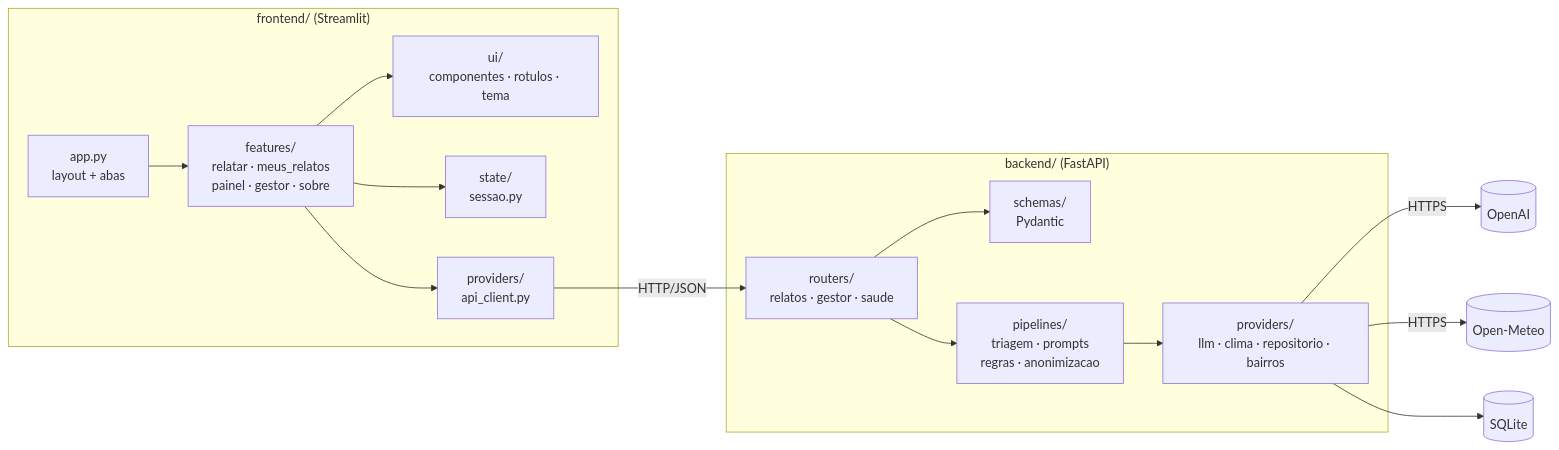
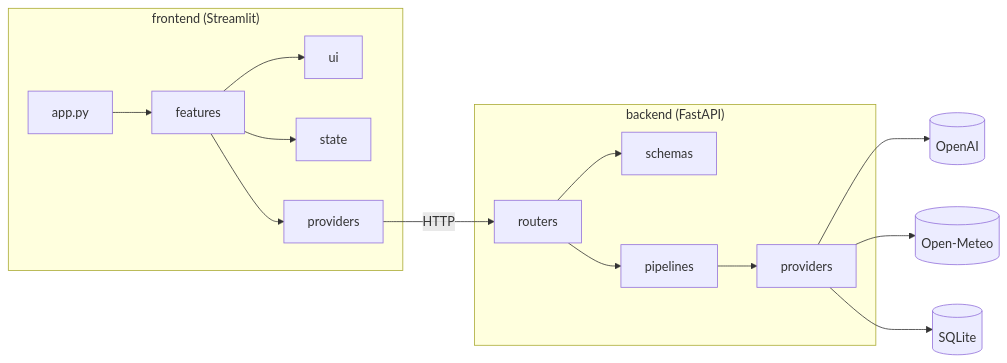
One commit to gabrielpalmeiraa/gs-front changed the diagram in README.md. Above: the diagram before and after it, drawn with Mermaid. The commit also changed other lines of this file, not shown here.

````diff
--- a/README.md
+++ b/README.md
@@ -75,18 +46,18 @@
 ```mermaid
 flowchart LR
-    subgraph FE["frontend/ (Streamlit)"]
-        APP[app.py<br/>layout + abas] --> FEAT[features/<br/>relatar · meus_relatos<br/>painel · gestor · sobre]
-        FEAT --> UI[ui/<br/>componentes · rotulos · tema]
-        FEAT --> ST[state/<br/>sessao.py]
-        FEAT --> PRV[providers/<br/>api_client.py]
+    subgraph FE["frontend (Streamlit)"]
+        APP[app.py] --> FEAT[features]
+        FEAT --> UI[ui]
+        FEAT --> ST[state]
+        FEAT --> PRV[providers]
     end
-    subgraph BE["backend/ (FastAPI)"]
-        RT[routers/<br/>relatos · gestor · saude] --> SC[schemas/<br/>Pydantic]
-        RT --> PL[pipelines/<br/>triagem · prompts<br/>regras · anonimizacao]
-        PL --> BP[providers/<br/>llm · clima · repositorio · bairros]
+    subgraph BE["backend (FastAPI)"]
+        RT[routers] --> SC[schemas]
+        RT --> PL[pipelines]
+        PL --> BP[providers]
     end
-    PRV -- HTTP/JSON --> RT
-    BP -- HTTPS --> OAI[(OpenAI)]
-    BP -- HTTPS --> OM[(Open-Meteo)]
+    PRV -- HTTP --> RT
+    BP --> OAI[(OpenAI)]
+    BP --> OM[(Open-Meteo)]
     BP --> DB[(SQLite)]
 ```
````
